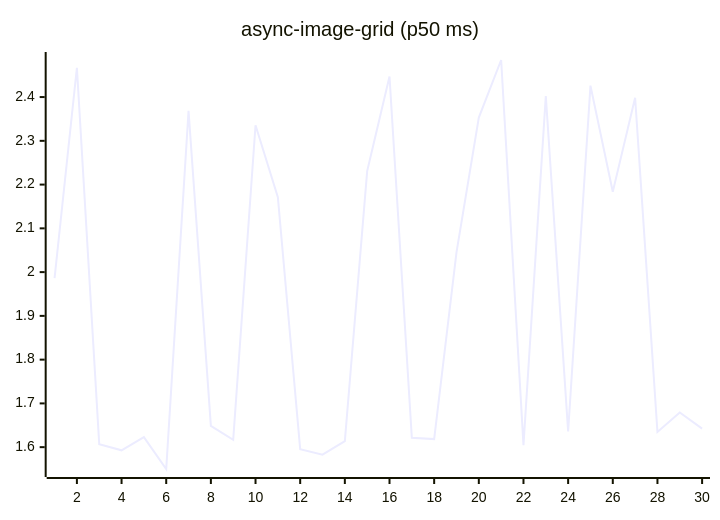
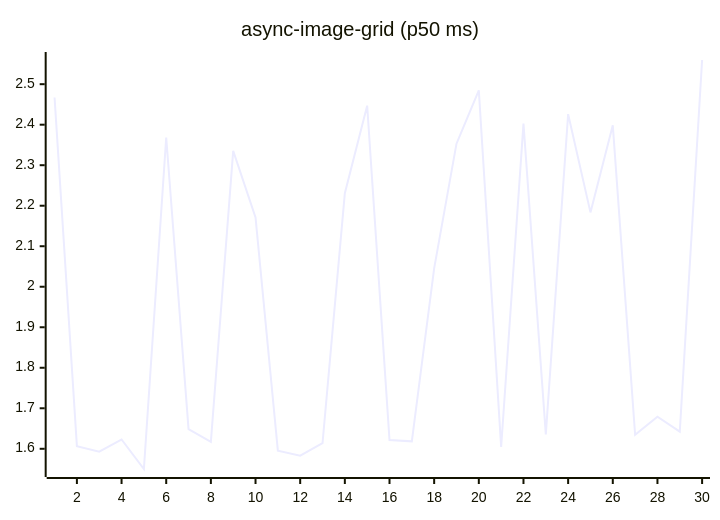
Before and after one commit to josha/Facet: the fifth of 27 diagrams in README.md, drawn with Mermaid. The commit also changed other lines of this file and 2 other files, not shown here.

````diff
--- a/README.md
+++ b/README.md
@@ -91,6 +91,6 @@
 ```mermaid
 xychart-beta
     title "async-image-grid (p50 ms)"
     x-axis 1 --> 30
-    line [1.9864, 2.4670, 1.6066, 1.5928, 1.6229, 1.5501, 2.3685, 1.6487, 1.6169, 2.3355, 2.1710, 1.5954, 1.5829, 1.6137, 2.2308, 2.4470, 1.6216, 1.6184, 2.0452, 2.3531, 2.4847, 1.6045, 2.4025, 1.6357, 2.4260, 2.1835, 2.3985, 1.6346, 1.6792, 1.6424]
+    line [2.4670, 1.6066, 1.5928, 1.6229, 1.5501, 2.3685, 1.6487, 1.6169, 2.3355, 2.1710, 1.5954, 1.5829, 1.6137, 2.2308, 2.4470, 1.6216, 1.6184, 2.0452, 2.3531, 2.4847, 1.6045, 2.4025, 1.6357, 2.4260, 2.1835, 2.3985, 1.6346, 1.6792, 1.6424, 2.5597]
 ```
````
